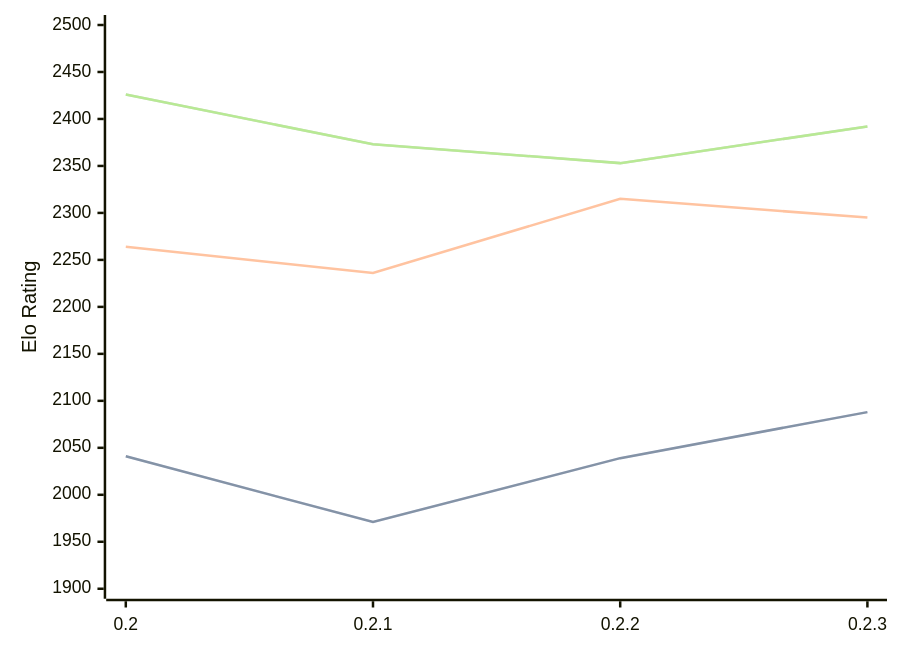
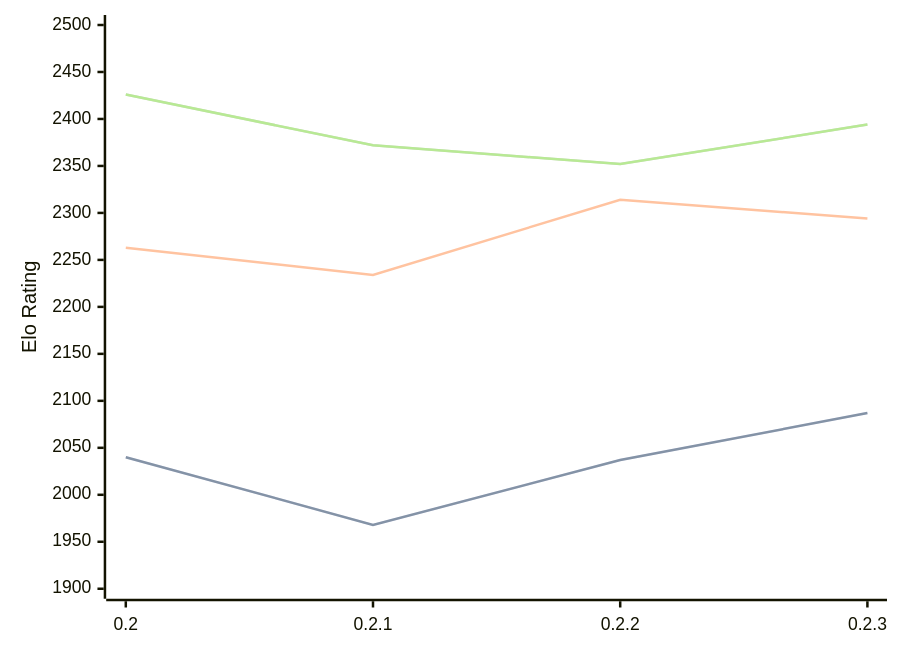
One commit to computer-chess-index/cci changed the diagram in engines/Lolbot.md. Above: the diagram before and after it, drawn with Mermaid. The commit also changed other lines of this file, not shown here.

Commit message:
Update CCI Ratings (ELO VLTC) - 2026-02-28

````diff
--- a/engines/Lolbot.md
+++ b/engines/Lolbot.md
@@ -33,11 +33,11 @@
 ```mermaid
 %%{init: {"theme":"base","themeVariables":{"seriesColors:['#a3a3a3','#222221','#faa371']}}}%%
 xychart-beta
   x-axis ["0.2", "0.2.1", "0.2.2", "0.2.3"]
   y-axis "Elo Rating" 1900 --> 2500
-  line "STC (8.0+0.08s)" [2041, 1971, 2039, 2088]
-  line "STC (8.0+0.08s)" [2041, 1971, 2039, 2088]
-  line "LTC (60.0+0.60s)" [2264, 2236, 2315, 2295]
-  line "VLTC (2m24s+1.12s)" [2426, 2373, 2353, 2392]
-  line "VLTC (2m24s+1.12s)" [2426, 2373, 2353, 2392]
+  line "STC (8.0+0.08s)" [2040, 1968, 2037, 2087]
+  line "STC (8.0+0.08s)" [2040, 1968, 2037, 2087]
+  line "LTC (60.0+0.60s)" [2263, 2234, 2314, 2294]
+  line "VLTC (2m24s+1.12s)" [2426, 2372, 2352, 2394]
+  line "VLTC (2m24s+1.12s)" [2426, 2372, 2352, 2394]
 ```
````
